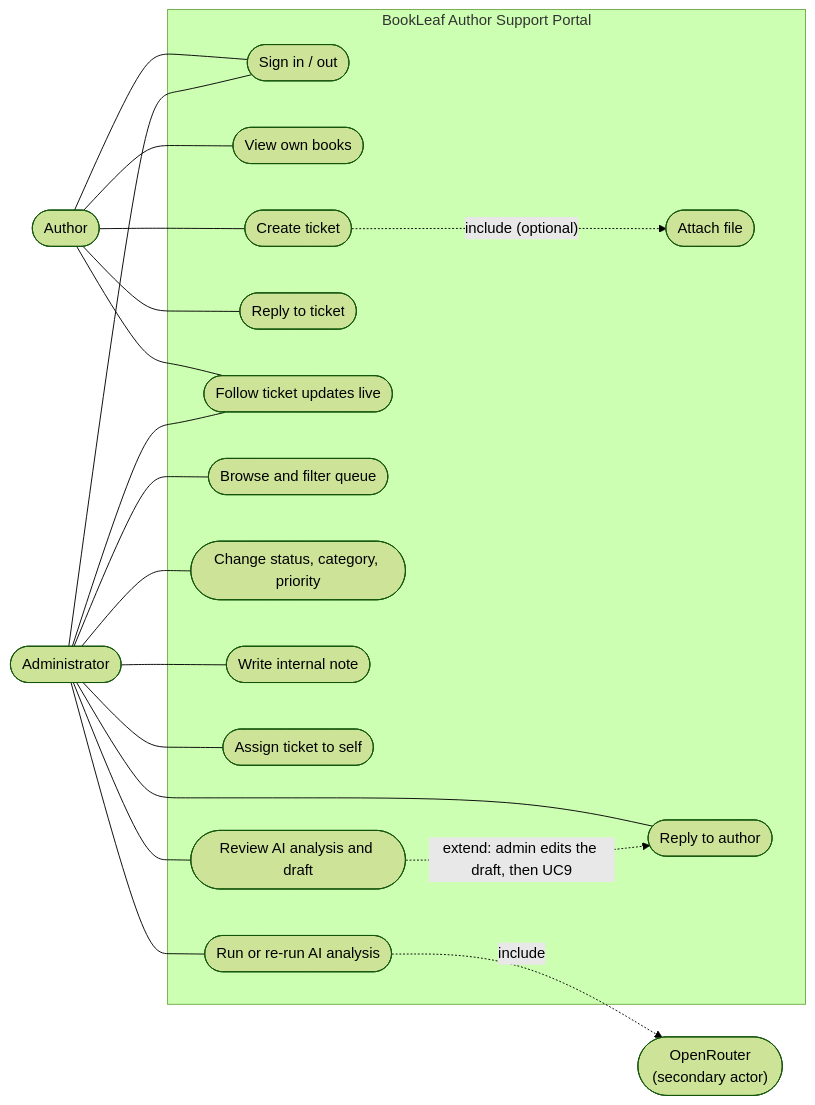
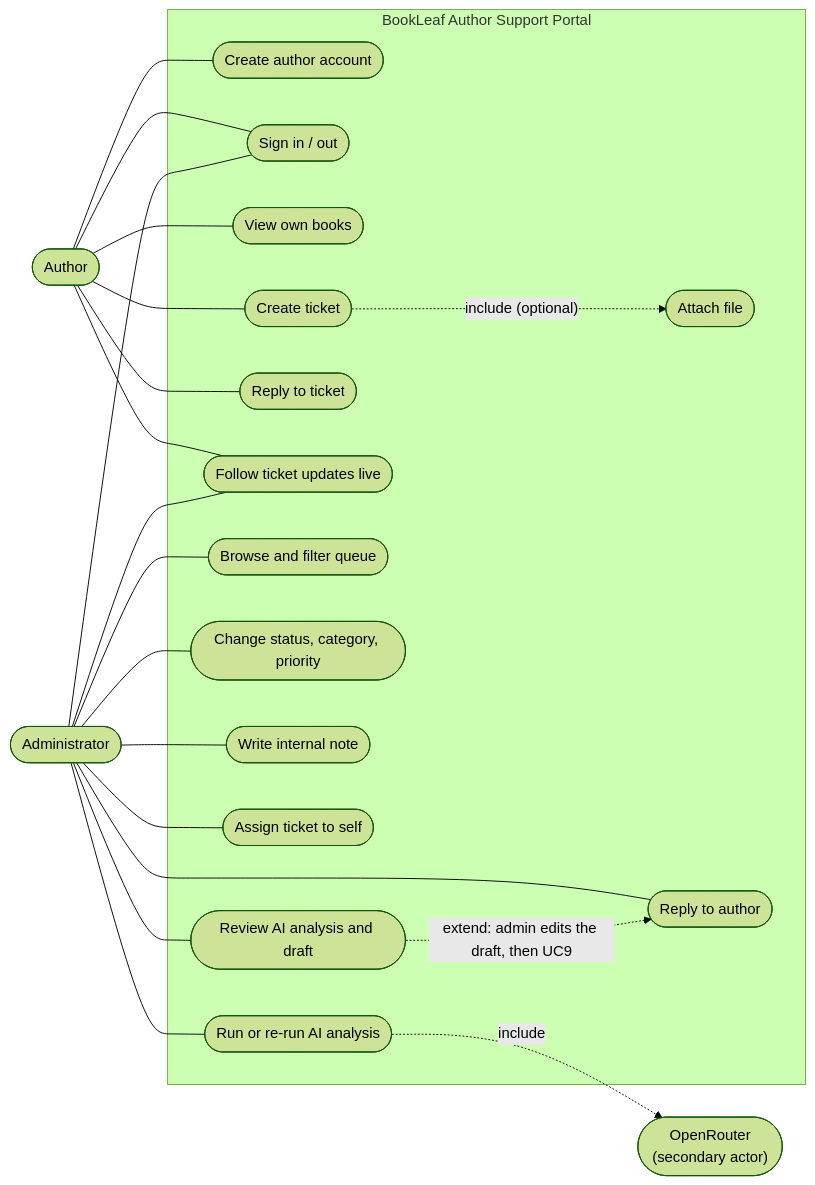
Before and after one commit to singhdaksh7/book-leaf__assignment-1: the diagram in docs/architecture/diagrams/usecase.mmd, drawn with Mermaid (forest theme). The commit also changed 36 other files, not shown here.

First line of the commit message:
docs: registration release (SDD and PDF, API, ERD notes, security, deployment, plan)

```diff
--- a/docs/architecture/diagrams/usecase.mmd
+++ b/docs/architecture/diagrams/usecase.mmd
@@ -1,25 +1,26 @@
 %% file: usecase.mmd
 flowchart LR
     AU(["Author"])
     AD(["Administrator"])
     AI(["OpenRouter<br/>(secondary actor)"])
     subgraph SYS["BookLeaf Author Support Portal"]
+        UC0(["Create author account"])
         UC1(["Sign in / out"])
         UC2(["View own books"])
         UC3(["Create ticket"])
         UC4(["Attach file"])
         UC5(["Reply to ticket"])
         UC6(["Follow ticket updates live"])
         UC7(["Browse and filter queue"])
         UC8(["Change status, category, priority"])
         UC9(["Reply to author"])
         UC10(["Write internal note"])
         UC11(["Assign ticket to self"])
         UC12(["Review AI analysis and draft"])
         UC13(["Run or re-run AI analysis"])
     end
-    AU --- UC1 & UC2 & UC3 & UC5 & UC6
+    AU --- UC0 & UC1 & UC2 & UC3 & UC5 & UC6
     UC3 -. "include (optional)" .-> UC4
     AD --- UC1 & UC7 & UC8 & UC9 & UC10 & UC11 & UC12 & UC13 & UC6
     UC13 -. "include" .-> AI
     UC12 -. "extend: admin edits the draft, then UC9" .-> UC9
```
